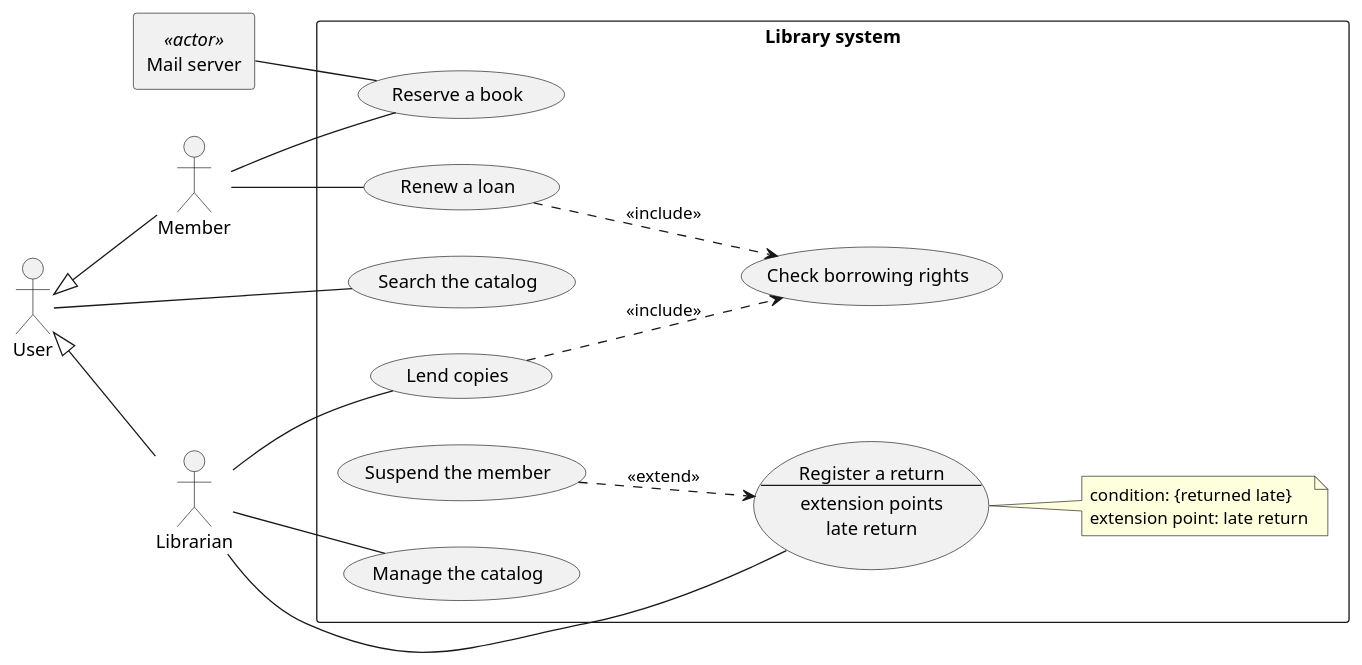
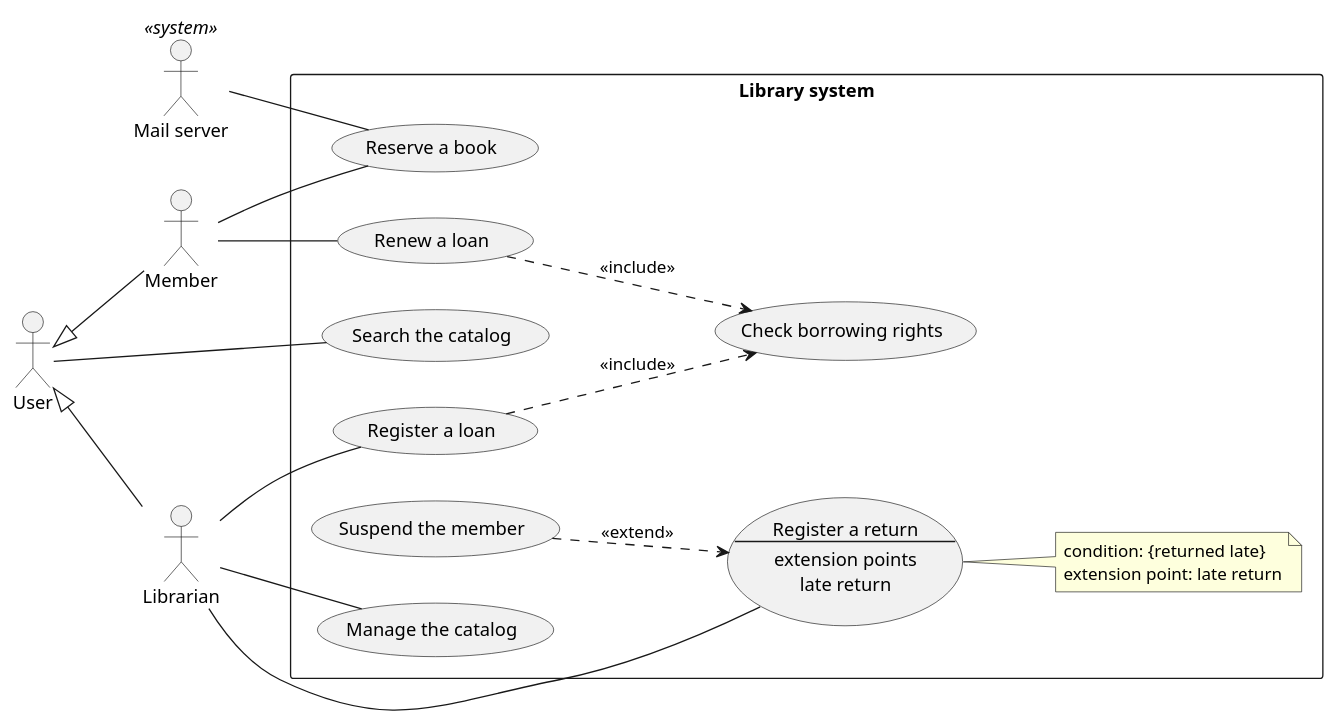
The diagram in docs/uml/use-cases.puml (salsabeelda/tp2-library), drawn with PlantUML before and after one commit.

```diff
--- a/docs/uml/use-cases.puml
+++ b/docs/uml/use-cases.puml
@@ -2,57 +2,57 @@
 @startuml
 left to right direction
 
 ' Actors
 actor User
 actor Member
 actor Librarian
-rectangle "Mail server" as Mail <<actor>>
+actor "Mail server" as Mail <<system>>
 
 ' Generalization
 User <|-- Member
 User <|-- Librarian
 
 rectangle "Library system" {
 
     ' Use cases
     usecase "Search the catalog" as Search
     usecase "Reserve a book" as Reserve
     usecase "Renew a loan" as Renew
-    usecase "Lend copies" as Lend
+    usecase "Register a loan" as Lend
     usecase "Check borrowing rights" as Check
 
     usecase Return as "Register a return
     --
     extension points
     late return"
 
     usecase "Suspend the member" as Suspend
     usecase "Manage the catalog" as Manage
 
     ' Include relationships
     Renew ..> Check : <<include>>
     Lend ..> Check : <<include>>
 
     ' Extend relationship
     Suspend ..> Return : <<extend>>
 
     ' Extension condition
     note right of Return
         condition: {returned late}
         extension point: late return
     end note
 }
 
 ' Associations
 User -- Search
 
 Member -- Reserve
 Member -- Renew
 
 Librarian -- Lend
 Librarian -- Return
 Librarian -- Manage
 
 Mail -- Reserve
 
 @enduml
```
